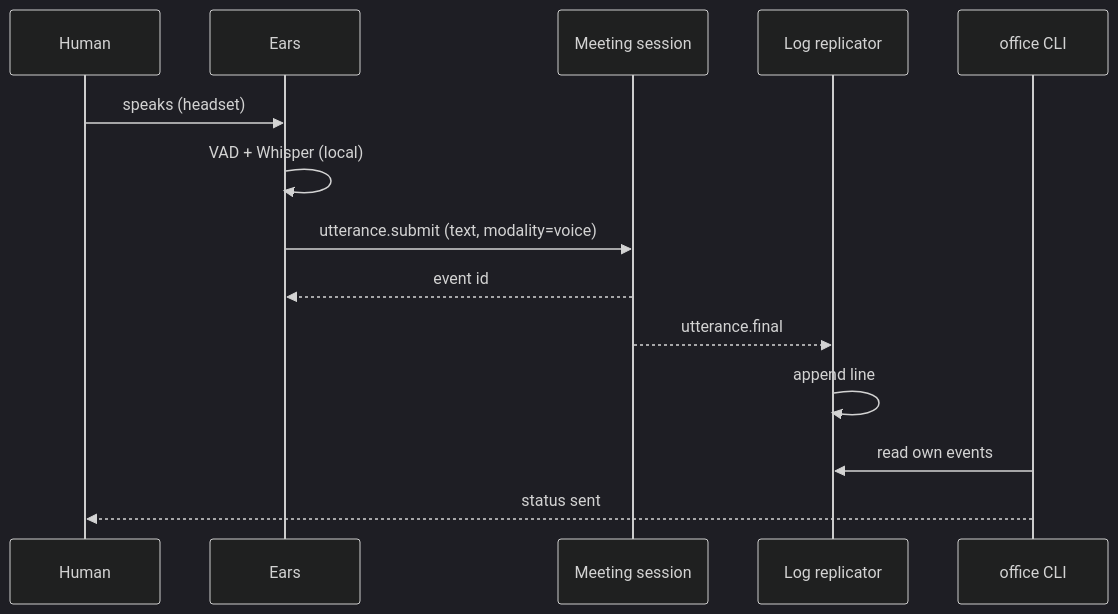
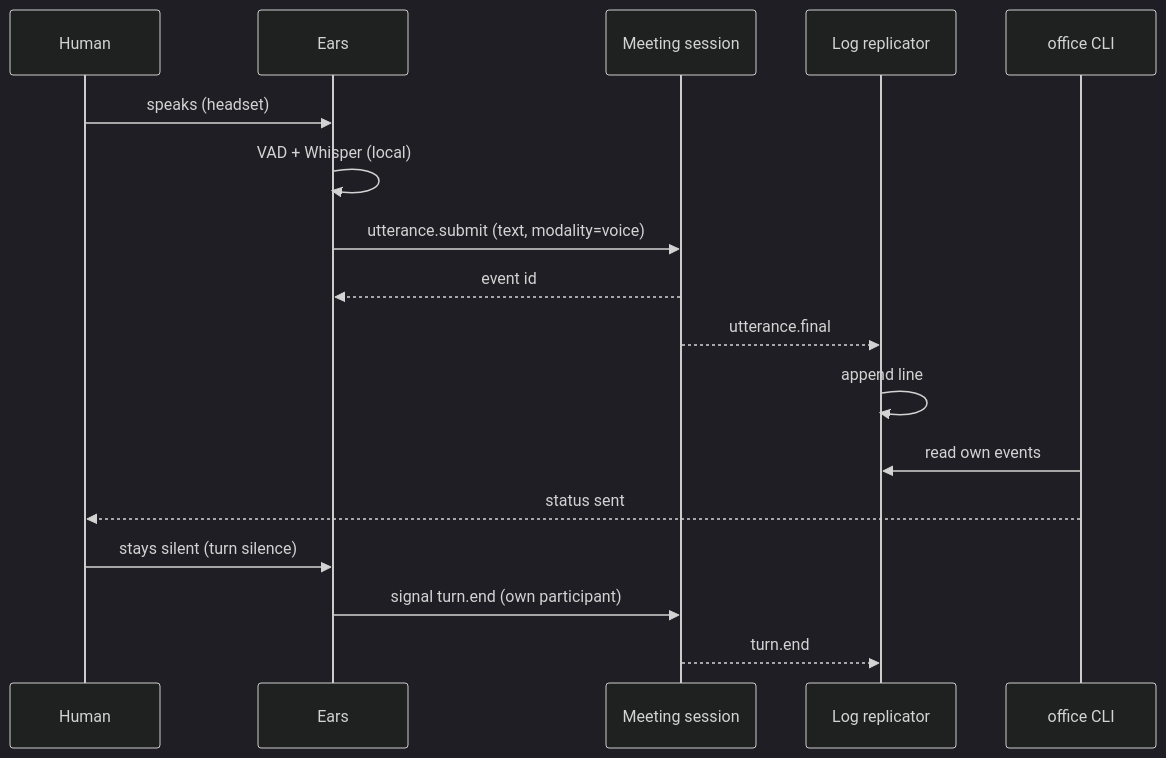
Before and after one commit to mrsimpson/agentic-office: the second of 9 diagrams in docs/architecture/06-runtime-view.arc42.md, drawn with Mermaid (dark theme). The commit also changed other lines of this file and 12 other files, not shown here.

First line of the commit message:
Ears: submit turn.end after the turn silence (#92) (#94)

````diff
--- a/docs/architecture/06-runtime-view.arc42.md
+++ b/docs/architecture/06-runtime-view.arc42.md
@@ -67,16 +68,19 @@
 ```mermaid
 sequenceDiagram
     participant actor_human as Human
     participant bb_ears as Ears
     participant bb_session as Meeting session
     participant bb_replicator as Log replicator
     participant bb_cli as office CLI
     actor_human->>bb_ears: speaks (headset)
     bb_ears->>bb_ears: VAD + Whisper (local)
     bb_ears->>bb_session: utterance.submit (text, modality=voice)
     bb_session-->>bb_ears: event id
     bb_session-->>bb_replicator: utterance.final
     bb_replicator->>bb_replicator: append line
     bb_cli->>bb_replicator: read own events
     bb_cli-->>actor_human: status sent
+    actor_human->>bb_ears: stays silent (turn silence)
+    bb_ears->>bb_session: signal turn.end (own participant)
+    bb_session-->>bb_replicator: turn.end
 ```
````
